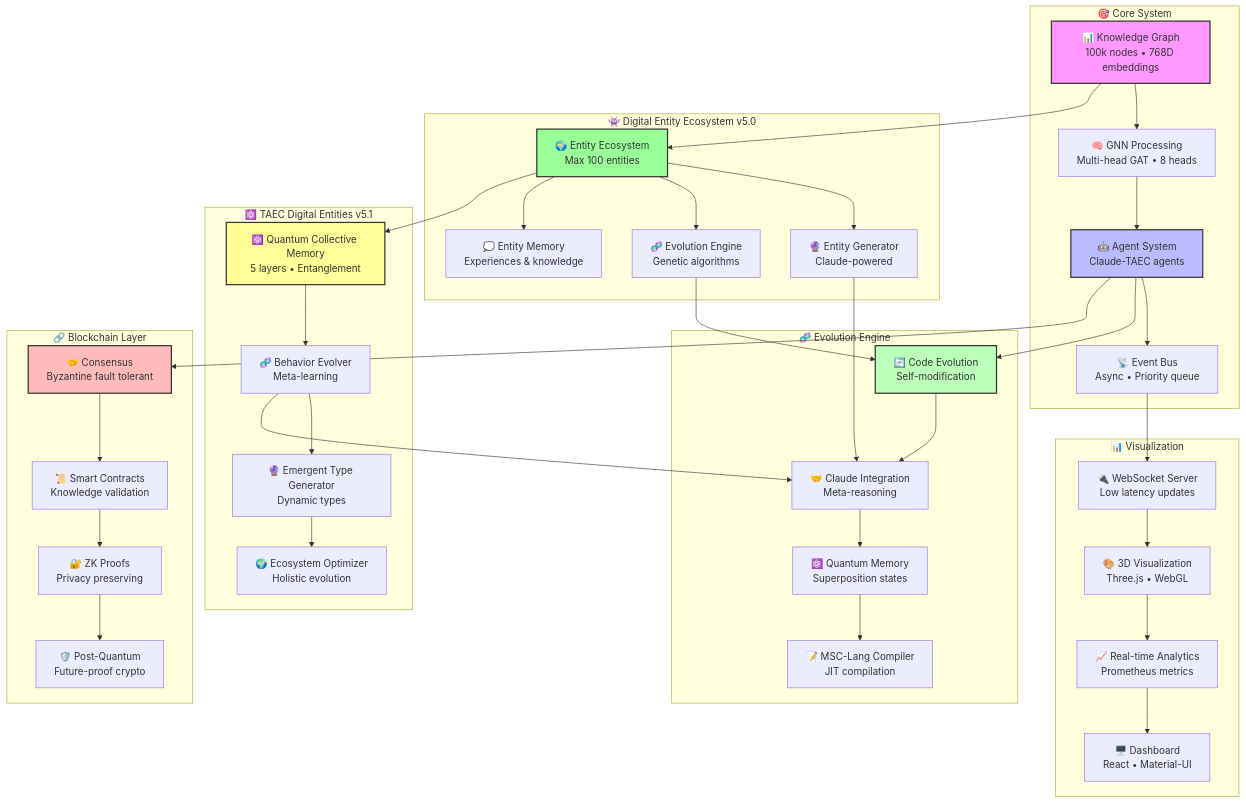
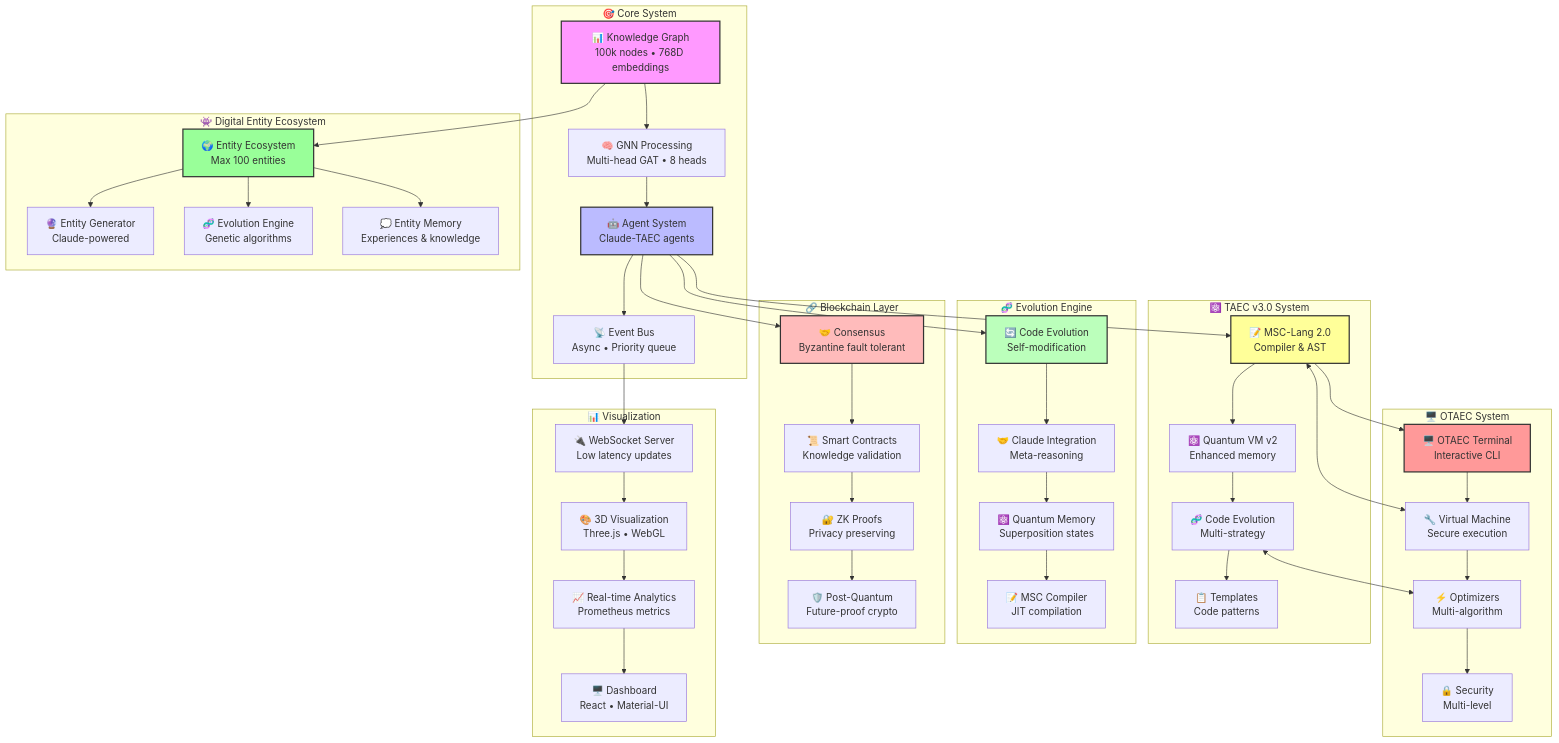
One commit to esraderey/synth-msc changed the first of 2 diagrams in README.md. Above: the diagram before and after it, drawn with Mermaid. The commit also changed other lines of this file, not shown here.

````diff
--- a/README.md
+++ b/README.md
@@ -167,25 +173,32 @@
         EB[📡 Event Bus<br/>Async • Priority queue]
     end
     
-    subgraph "👾 Digital Entity Ecosystem v5.0"
+    subgraph "👾 Digital Entity Ecosystem"
         EE[🌍 Entity Ecosystem<br/>Max 100 entities]
         EG[🔮 Entity Generator<br/>Claude-powered]
         EP[🧬 Evolution Engine<br/>Genetic algorithms]
         EM[💭 Entity Memory<br/>Experiences & knowledge]
     end
     
-    subgraph "⚛️ TAEC Digital Entities v5.1"
-        QCM[⚛️ Quantum Collective Memory<br/>5 layers • Entanglement]
-        BE[🧬 Behavior Evolver<br/>Meta-learning]
-        ETG[🔮 Emergent Type Generator<br/>Dynamic types]
-        EO[🌍 Ecosystem Optimizer<br/>Holistic evolution]
+    subgraph "⚛️ TAEC v3.0 System"
+        MSC[📝 MSC-Lang 2.0<br/>Compiler & AST]
+        QVM[⚛️ Quantum VM v2<br/>Enhanced memory]
+        CEE[🧬 Code Evolution<br/>Multi-strategy]
+        TPL[📋 Templates<br/>Code patterns]
+    end
+    
+    subgraph "🖥️ OTAEC System"
+        OT[🖥️ OTAEC Terminal<br/>Interactive CLI]
+        VM[🔧 Virtual Machine<br/>Secure execution]
+        OPT[⚡ Optimizers<br/>Multi-algorithm]
+        SEC[🔒 Security<br/>Multi-level]
     end
     
     subgraph "🧬 Evolution Engine"
         CE[🔄 Code Evolution<br/>Self-modification]
         CI[🤝 Claude Integration<br/>Meta-reasoning]
         QM[⚛️ Quantum Memory<br/>Superposition states]
-        MC[📝 MSC-Lang Compiler<br/>JIT compilation]
+        MC[📝 MSC Compiler<br/>JIT compilation]
     end
     
     subgraph "🔗 Blockchain Layer"
@@ -205,22 +218,26 @@
     KG --> GNN
     GNN --> AS
     AS --> EB
-    AS --> CE
     
     KG --> EE
     EE --> EG
     EE --> EP
     EE --> EM
     
-    EE --> QCM
-    QCM --> BE
-    BE --> ETG
-    ETG --> EO
+    AS --> MSC
+    MSC --> QVM
+    QVM --> CEE
+    CEE --> TPL
     
-    EG --> CI
-    EP --> CE
-    BE --> CI
+    MSC --> OT
+    OT --> VM
+    VM --> OPT
+    OPT --> SEC
     
+    MSC <--> VM
+    CEE <--> OPT
+    
+    AS --> CE
     CE --> CI
     CI --> QM
     QM --> MC
@@ -236,7 +253,8 @@
     style KG fill:#f9f,stroke:#333,stroke-width:2px
     style AS fill:#bbf,stroke:#333,stroke-width:2px
     style EE fill:#9f9,stroke:#333,stroke-width:2px
-    style QCM fill:#ff9,stroke:#333,stroke-width:2px
+    style MSC fill:#ff9,stroke:#333,stroke-width:2px
+    style OT fill:#f99,stroke:#333,stroke-width:2px
     style CE fill:#bfb,stroke:#333,stroke-width:2px
     style CO fill:#fbb,stroke:#333,stroke-width:2px
 ```
````
